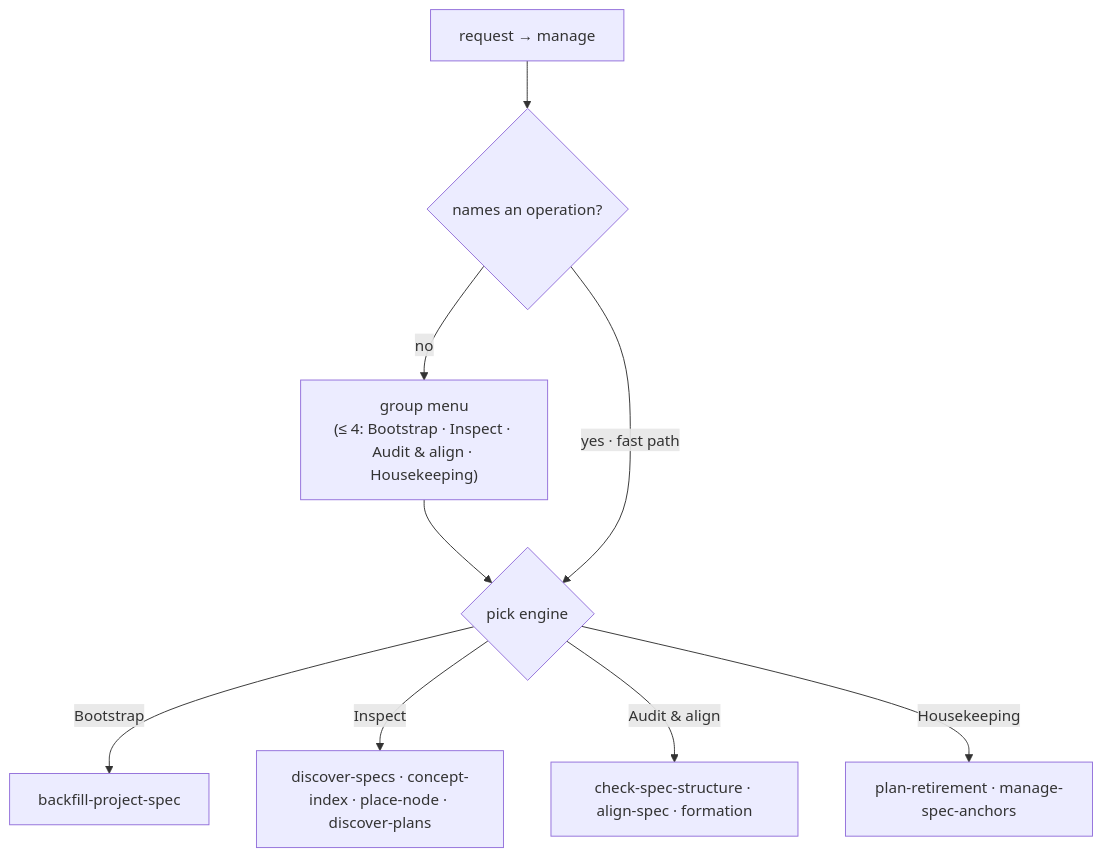
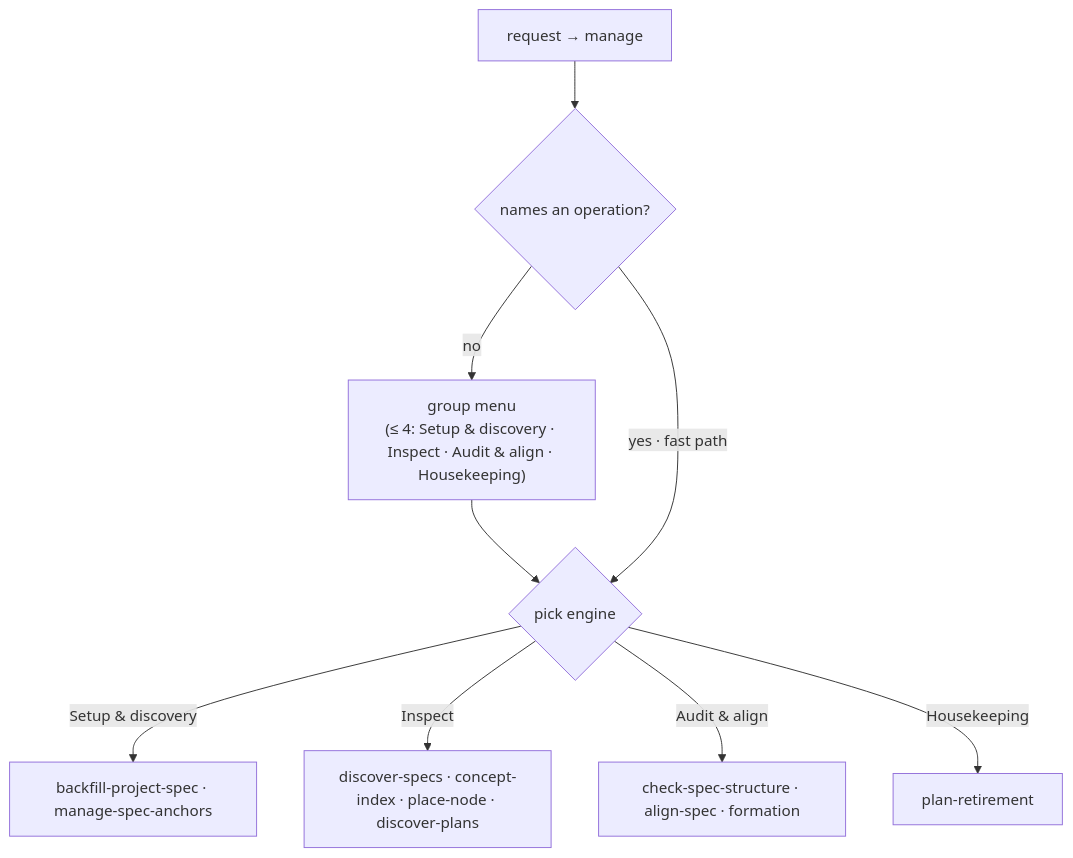
Before and after one commit to cyberuni/cyber-sdd: the diagram in .agents/specs/sdd/gateway/manage/README.md, drawn with Mermaid. The commit also changed other lines of this file and 6 other files, not shown here.

First line of the commit message:
feat(sdd): surface manage-spec-anchors as setup, not housekeeping

````diff
--- a/.agents/specs/sdd/gateway/manage/README.md
+++ b/.agents/specs/sdd/gateway/manage/README.md
@@ -58,10 +59,10 @@
 ```mermaid
 flowchart TD
     REQ["request → manage"] --> BARE{"names an operation?"}
-    BARE -->|no| GROUPS["group menu<br/>(≤ 4: Bootstrap · Inspect · Audit &amp; align · Housekeeping)"] --> PICK{pick engine}
+    BARE -->|no| GROUPS["group menu<br/>(≤ 4: Setup &amp; discovery · Inspect · Audit &amp; align · Housekeeping)"] --> PICK{pick engine}
     BARE -->|yes · fast path| PICK
-    PICK -->|Bootstrap| BF["backfill-project-spec"]
+    PICK -->|Setup &amp; discovery| SD["backfill-project-spec · manage-spec-anchors"]
     PICK -->|Inspect| INS["discover-specs · concept-index · place-node · discover-plans"]
     PICK -->|Audit &amp; align| AUD["check-spec-structure · align-spec · formation"]
-    PICK -->|Housekeeping| HK["plan-retirement · manage-spec-anchors"]
+    PICK -->|Housekeeping| HK["plan-retirement"]
 ```
````
